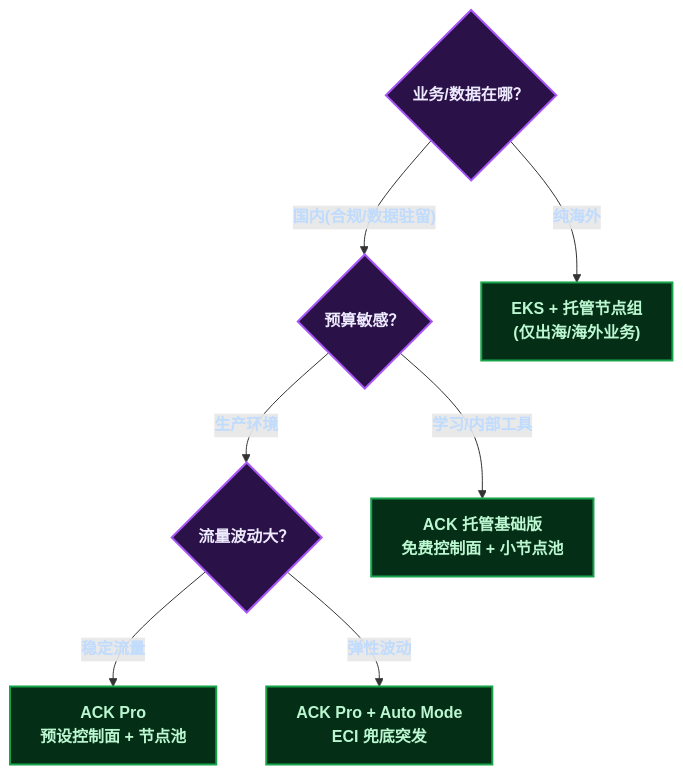
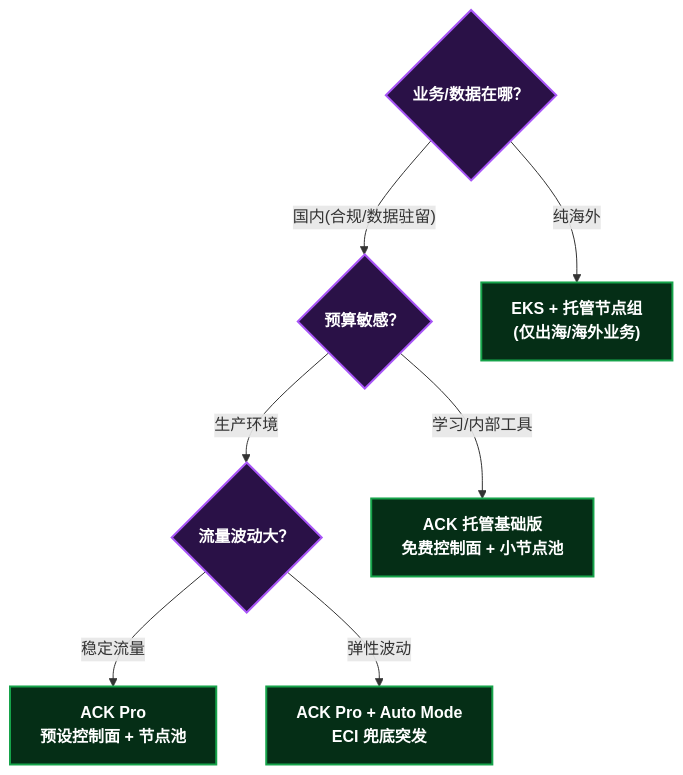
The second of 2 diagrams in content/posts/kubernetes/EksVsAckComparison.md (yaocat55/yaocat55.github.io), drawn with Mermaid before and after one commit. The commit also changed other lines of this file and 27 other files, not shown here.

Commit message:
docs: 全系列 93 张 Mermaid 图 classDef 改为 style 强制深底白字(修复部分渲染器白底浅字)+历史文件格式清理

````diff
--- a/content/posts/kubernetes/EksVsAckComparison.md
+++ b/content/posts/kubernetes/EksVsAckComparison.md
@@ -162,25 +164,26 @@
 ```mermaid
 %% 中小企业选型决策树
 flowchart TD
-    classDef root fill:#0f172a,stroke:#3b82f6,stroke-width:2.5px,color:#bfdbfe,font-weight:bold;
-    classDef condition fill:#2a1147,stroke:#a855f7,stroke-width:2px,color:#ede9fe,font-weight:bold;
-    classDef data fill:#052e16,stroke:#16a34a,stroke-width:2px,color:#bbf7d0,font-weight:bold;
 
     Q1{"业务/数据在哪？"}
     Q2{"预算敏感？"}
     Q3{"流量波动大？"}
     R1["ACK 托管基础版\n免费控制面 + 小节点池"]
     R2["ACK Pro\n预设控制面 + 节点池"]
     R3["ACK Pro + Auto Mode\nECI 兜底突发"]
     R4["EKS + 托管节点组\n(仅出海/海外业务)"]
 
     Q1 -->|"国内(合规/数据驻留)"| Q2
     Q1 -->|"纯海外"| R4
     Q2 -->|"学习/内部工具"| R1
     Q2 -->|"生产环境"| Q3
     Q3 -->|"稳定流量"| R2
     Q3 -->|"弹性波动"| R3
-
-    class Q1,Q2,Q3 condition;
-    class R1,R2,R3,R4 data;
+    style Q1 fill:#2a1147,stroke:#a855f7,stroke-width:2px,color:#ffffff,font-weight:bold
+    style Q2 fill:#2a1147,stroke:#a855f7,stroke-width:2px,color:#ffffff,font-weight:bold
+    style Q3 fill:#2a1147,stroke:#a855f7,stroke-width:2px,color:#ffffff,font-weight:bold
+    style R1 fill:#052e16,stroke:#16a34a,stroke-width:2px,color:#ffffff,font-weight:bold
+    style R2 fill:#052e16,stroke:#16a34a,stroke-width:2px,color:#ffffff,font-weight:bold
+    style R3 fill:#052e16,stroke:#16a34a,stroke-width:2px,color:#ffffff,font-weight:bold
+    style R4 fill:#052e16,stroke:#16a34a,stroke-width:2px,color:#ffffff,font-weight:bold
 ```
````
